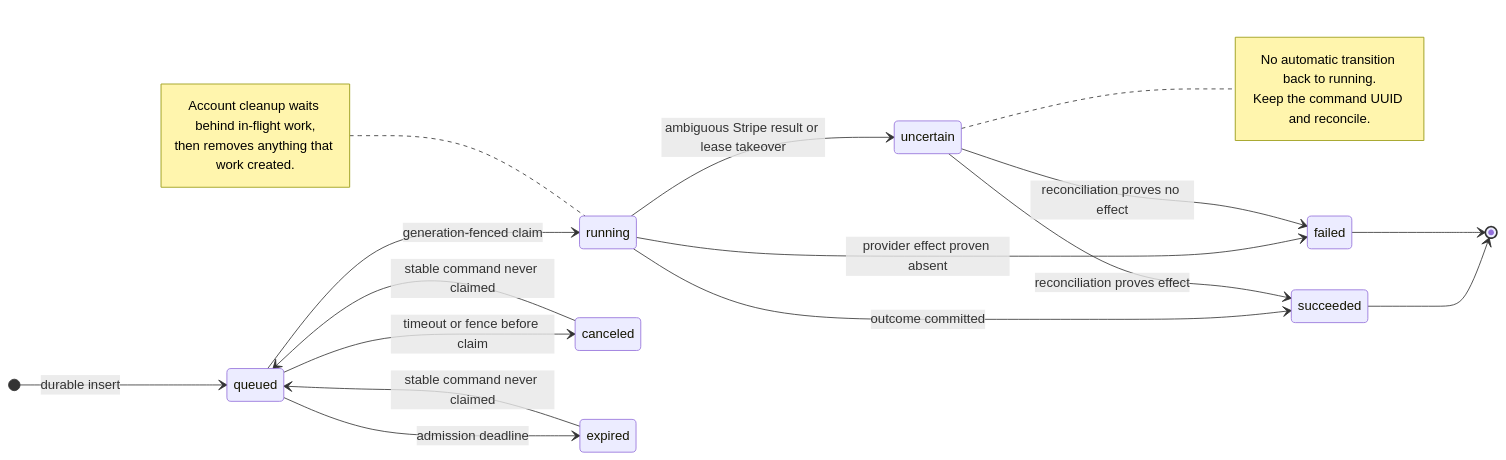
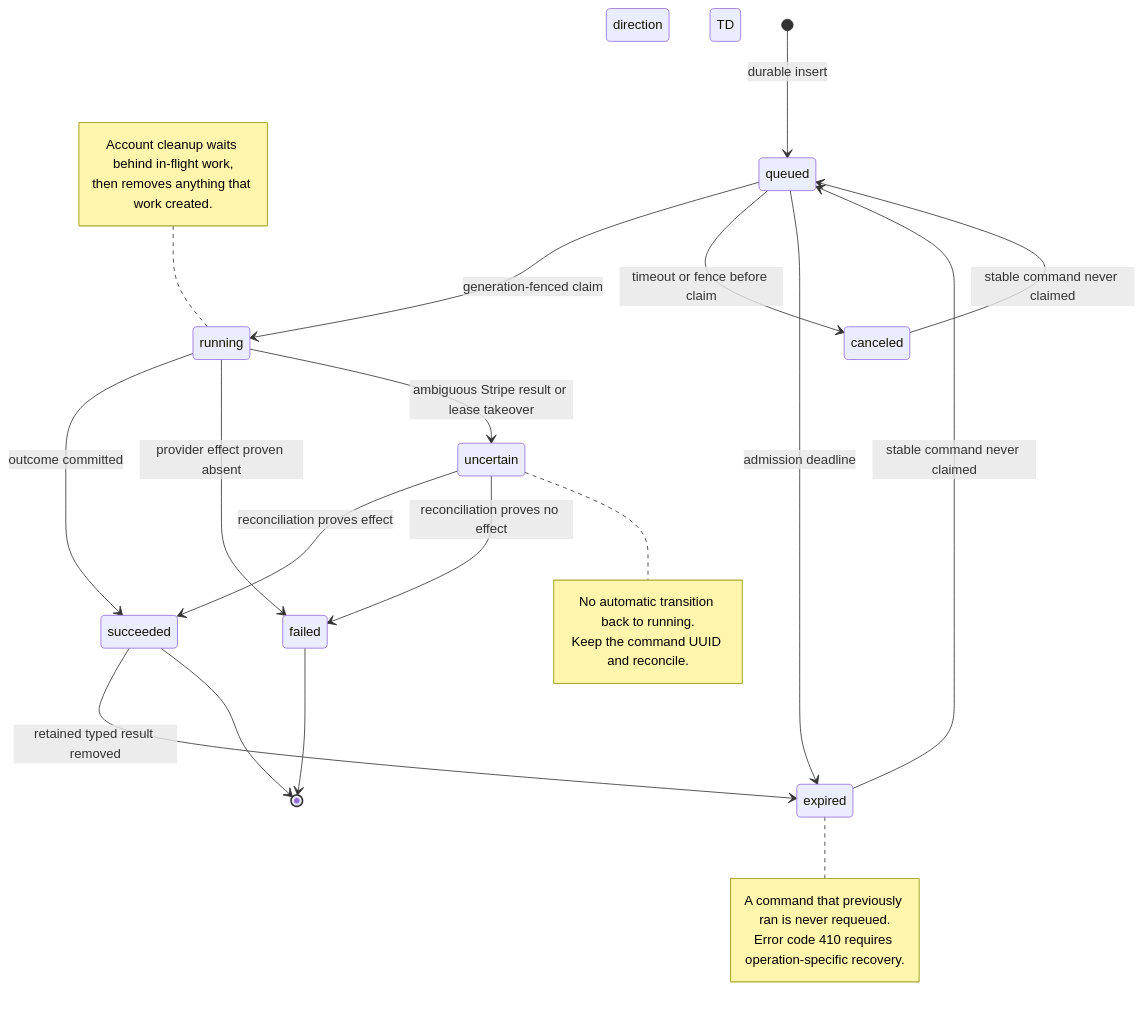
Before and after one commit to sagemathinc/cocalc-ai: the second of 2 diagrams in docs/billing-authority.md, drawn with Mermaid. The commit also changed other lines of this file and 25 other files, not shown here.

````diff
--- a/docs/billing-authority.md
+++ b/docs/billing-authority.md
@@ -137,27 +139,33 @@
 ```mermaid
 stateDiagram-v2
-  direction LR
+  direction TD
   [*] --> queued: durable insert
   queued --> running: generation-fenced claim
   queued --> canceled: timeout or fence before claim
   queued --> expired: admission deadline
   running --> succeeded: outcome committed
   running --> failed: provider effect proven absent
   running --> uncertain: ambiguous Stripe result or lease takeover
   uncertain --> succeeded: reconciliation proves effect
   uncertain --> failed: reconciliation proves no effect
   canceled --> queued: stable command never claimed
   expired --> queued: stable command never claimed
+  succeeded --> expired: retained typed result removed
   succeeded --> [*]
   failed --> [*]
 
   note right of uncertain
     No automatic transition back to running.
     Keep the command UUID and reconcile.
   end note
 
   note left of running
     Account cleanup waits behind in-flight work,
     then removes anything that work created.
   end note
+
+  note right of expired
+    A command that previously ran is never requeued.
+    Error code 410 requires operation-specific recovery.
+  end note
 ```
````
